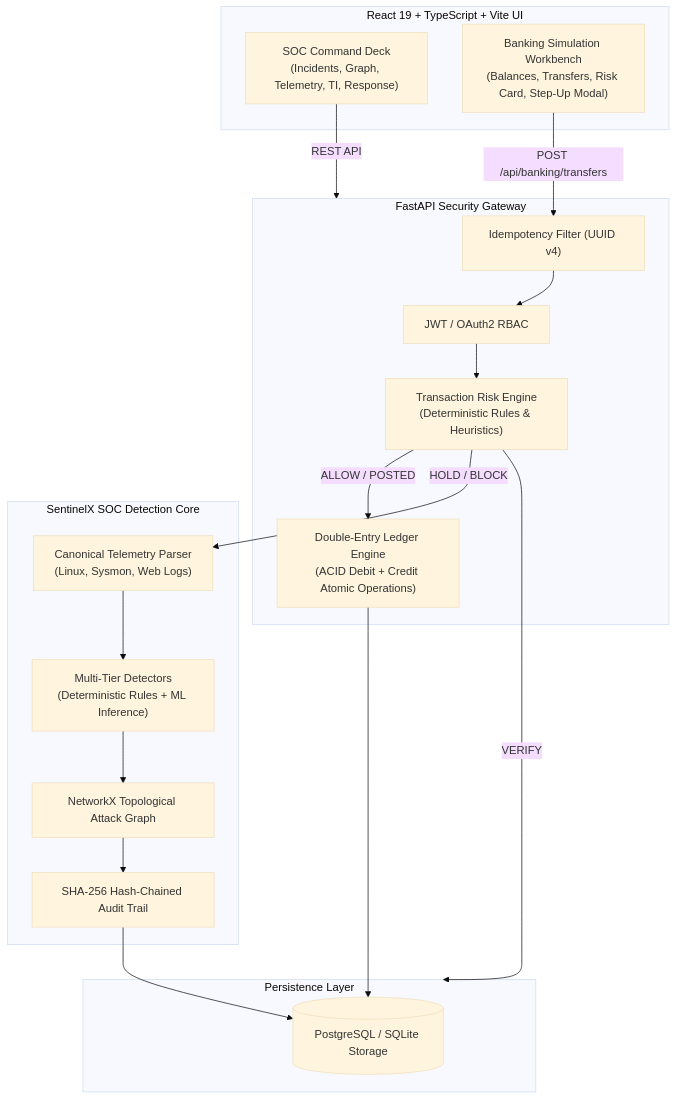
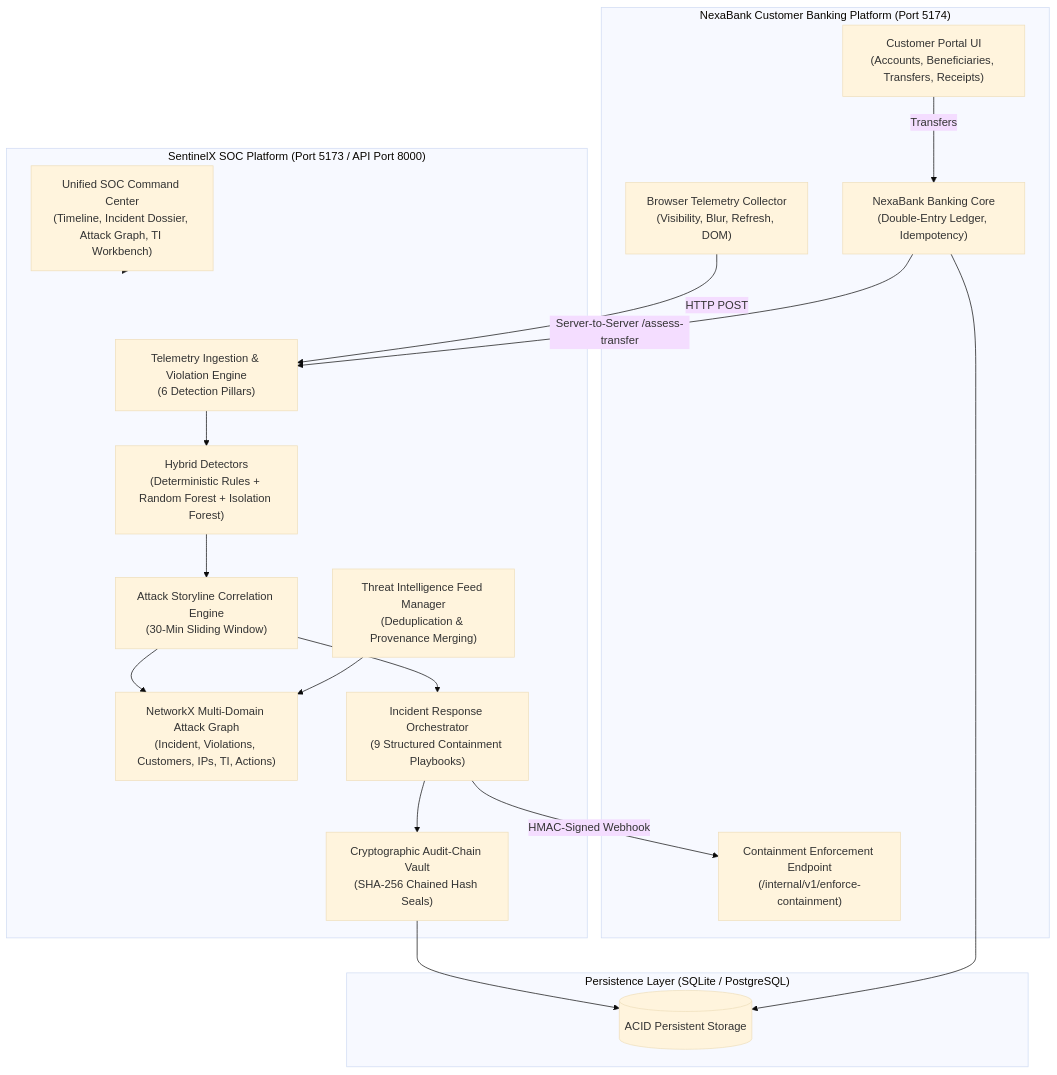
The diagram in docs/ARCHITECTURE.md (ROBUST-Anuj/sentinelx-soc), drawn with Mermaid (base theme) before and after one commit. The commit also changed other lines of this file and 61 other files, not shown here.

Commit message:
feat: implement SentinelX Unified SOC Command Center, NexaBank platform, and end-to-end correlation

````diff
--- a/docs/ARCHITECTURE.md
+++ b/docs/ARCHITECTURE.md
@@ -9,38 +16,38 @@
 ```mermaid
 flowchart TD
-    subgraph Frontend["React 19 + TypeScript + Vite UI"]
-        UI_SOC["SOC Command Deck\n(Incidents, Graph, Telemetry, TI, Response)"]
-        UI_BANK["Banking Simulation Workbench\n(Balances, Transfers, Risk Card, Step-Up Modal)"]
+    subgraph NexaBank["NexaBank Customer Banking Platform (Port 5174)"]
+        UI_CLIENT["Customer Portal UI\n(Accounts, Beneficiaries, Transfers, Receipts)"]
+        TELEMETRY_COLLECTOR["Browser Telemetry Collector\n(Visibility, Blur, Refresh, DOM)"]
+        CORE_BANKING["NexaBank Banking Core\n(Double-Entry Ledger, Idempotency)"]
+        ENFORCE_ENDPOINT["Containment Enforcement Endpoint\n(/internal/v1/enforce-containment)"]
     end
 
-    subgraph Gateway["FastAPI Security Gateway"]
-        AUTH["JWT / OAuth2 RBAC"]
-        IDEMP["Idempotency Filter (UUID v4)"]
-        RISK["Transaction Risk Engine\n(Deterministic Rules & Heuristics)"]
-        LEDGER["Double-Entry Ledger Engine\n(ACID Debit + Credit Atomic Operations)"]
+    subgraph SentinelX_SOC["SentinelX SOC Platform (Port 5173 / API Port 8000)"]
+        SOC_UI["Unified SOC Command Center\n(Timeline, Incident Dossier, Attack Graph, TI Workbench)"]
+        INGEST_ROUTER["Telemetry Ingestion & Violation Engine\n(6 Detection Pillars)"]
+        STORYLINE_ENG["Attack Storyline Correlation Engine\n(30-Min Sliding Window)"]
+        HYBRID_DETECTORS["Hybrid Detectors\n(Deterministic Rules + Random Forest + Isolation Forest)"]
+        GRAPH_ENGINE["NetworkX Multi-Domain Attack Graph\n(Incident, Violations, Customers, IPs, TI, Actions)"]
+        TI_MANAGER["Threat Intelligence Feed Manager\n(Deduplication & Provenance Merging)"]
+        ORCHESTRATOR["Incident Response Orchestrator\n(9 Structured Containment Playbooks)"]
+        AUDIT_CHAIN["Cryptographic Audit-Chain Vault\n(SHA-256 Chained Hash Seals)"]
     end
 
-    subgraph SOC_Core["SentinelX SOC Detection Core"]
-        INGEST["Canonical Telemetry Parser\n(Linux, Sysmon, Web Logs)"]
-        DETECTORS["Multi-Tier Detectors\n(Deterministic Rules + ML Inference)"]
-        GRAPH["NetworkX Topological Attack Graph"]
-        AUDIT["SHA-256 Hash-Chained Audit Trail"]
+    subgraph Database["Persistence Layer (SQLite / PostgreSQL)"]
+        DB[(ACID Persistent Storage)]
     end
 
-    subgraph Storage["Persistence Layer"]
-        DB[(PostgreSQL / SQLite Storage)]
-    end
-
-    UI_BANK -->|POST /api/banking/transfers| IDEMP
-    IDEMP --> AUTH
-    AUTH --> RISK
-    RISK -->|ALLOW / POSTED| LEDGER
-    RISK -->|VERIFY| Storage
-    RISK -->|HOLD / BLOCK| INGEST
-    LEDGER --> DB
-    INGEST --> DETECTORS
-    DETECTORS --> GRAPH
-    GRAPH --> AUDIT
-    AUDIT --> DB
-    UI_SOC -->|REST API| Gateway
+    UI_CLIENT -->|Transfers| CORE_BANKING
+    TELEMETRY_COLLECTOR -->|HTTP POST| INGEST_ROUTER
+    CORE_BANKING -->|Server-to-Server /assess-transfer| INGEST_ROUTER
+    INGEST_ROUTER --> HYBRID_DETECTORS
+    HYBRID_DETECTORS --> STORYLINE_ENG
+    STORYLINE_ENG --> GRAPH_ENGINE
+    TI_MANAGER --> GRAPH_ENGINE
+    STORYLINE_ENG --> ORCHESTRATOR
+    ORCHESTRATOR -->|HMAC-Signed Webhook| ENFORCE_ENDPOINT
+    ORCHESTRATOR --> AUDIT_CHAIN
+    AUDIT_CHAIN --> DB
+    CORE_BANKING --> DB
+    SOC_UI --> SentinelX_SOC
 ```
````
